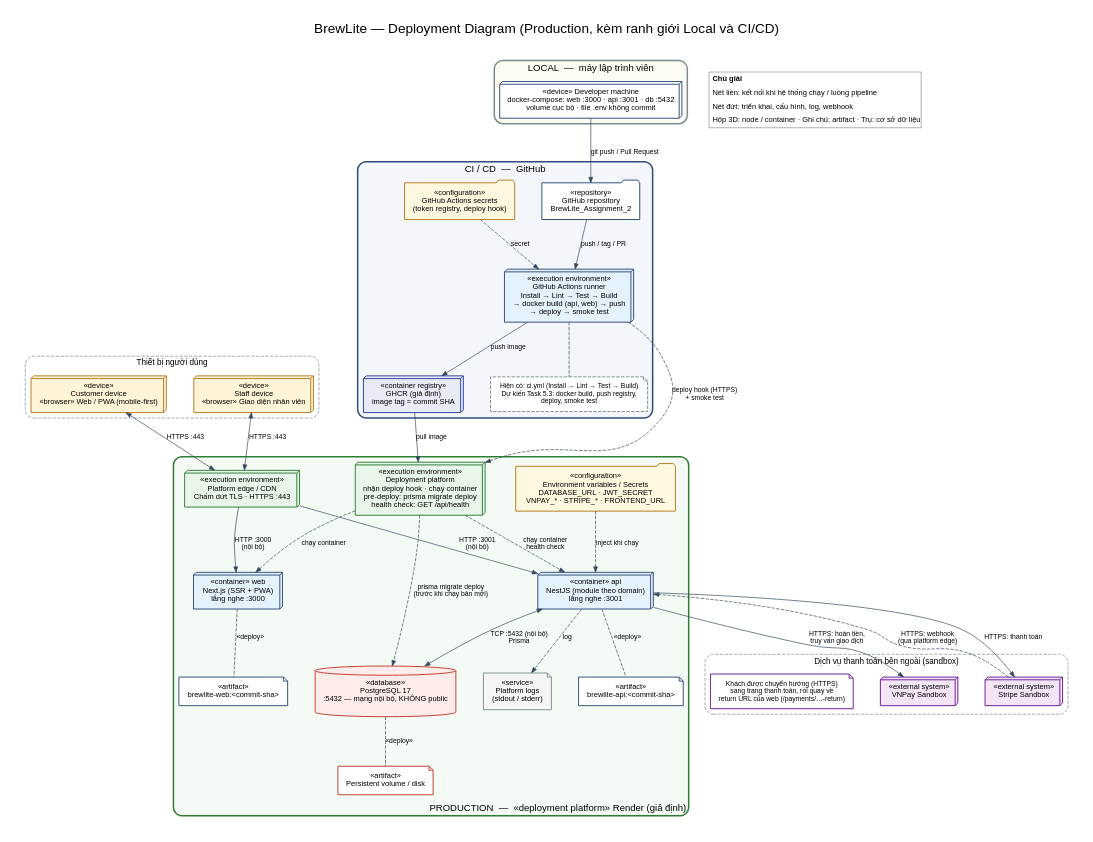
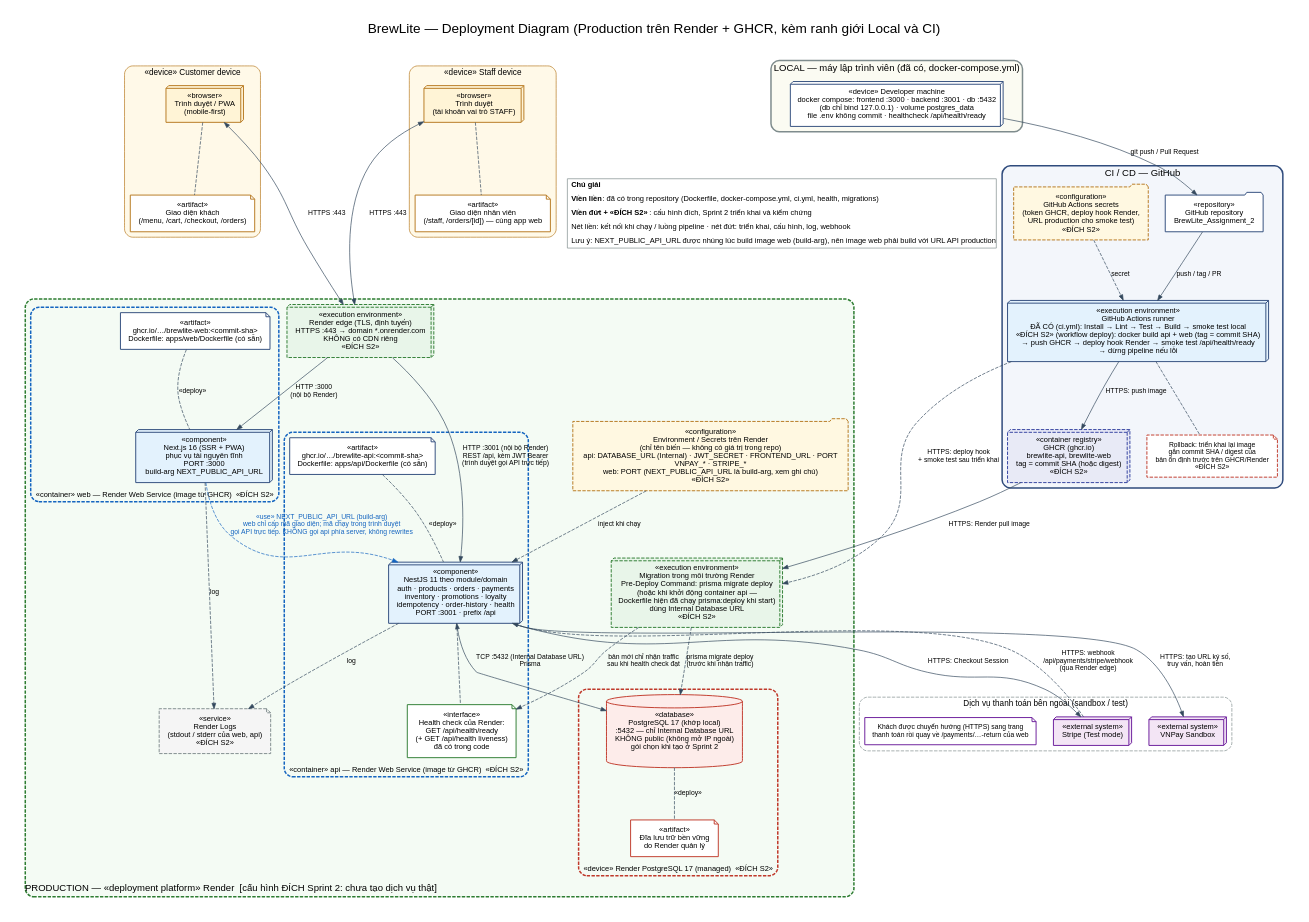
The diagram in docs/architecture/deployment-diagram.dot (nguyen213123/BrewLite_Assignment_2), drawn with Graphviz before and after one commit. The commit also changed 3 other files, not shown here.

Commit message:
docs(architecture): nội dung message mới

```diff
--- a/docs/architecture/deployment-diagram.dot
+++ b/docs/architecture/deployment-diagram.dot
@@ -1,103 +1,133 @@
-// BrewLite — UML Deployment Diagram (Task 3.2)
+// BrewLite — UML Deployment Diagram (Task 3.2, rà lại theo Task 3.1: Render + GHCR)
 // Tạo lại ảnh:  dot -Tsvg deployment-diagram.dot -o deployment-diagram.svg
 //               dot -Tpng -Gdpi=150 deployment-diagram.dot -o deployment-diagram.png
-// "Render" (nền tảng) và "GHCR" (container registry) là GIẢ ĐỊNH: đổi cho đúng nền tảng nhóm dùng thật.
+//
+// Quy ước đánh dấu trạng thái (xem chú giải trên sơ đồ):
+//   Viền LIỀN  = đã có trong repository, đã kiểm tra (Dockerfile, docker-compose, ci.yml, health, migrations).
+//   Viền ĐỨT + nhãn «ĐÍCH S2» = cấu hình đích, Sprint 2 (Task 5.3/5.4) sẽ triển khai và kiểm chứng.
 digraph BrewLiteDeployment {
-  graph [rankdir=TB, fontname="Arial", fontsize=20, labelloc=t, pad=0.3, nodesep=0.55, ranksep=0.85,
+  graph [rankdir=TB, fontname="Arial", fontsize=20, labelloc=t, pad=0.3, nodesep=0.35, ranksep=0.9,
          compound=true, newrank=true, splines=true,
-         label="BrewLite — Deployment Diagram (Production, kèm ranh giới Local và CI/CD)\n "];
+         label="BrewLite — Deployment Diagram (Production trên Render + GHCR, kèm ranh giới Local và CI)\n "];
   node  [fontname="Arial", fontsize=11, shape=box3d, style=filled, fillcolor="#EAF1FB", color="#2F4B7C", penwidth=1.4, margin="0.18,0.12"];
   edge  [fontname="Arial", fontsize=10, color="#34495E", arrowsize=0.8];
 
-  // ===== Thiết bị người dùng =====
-  subgraph cluster_clients {
-    label="Thiết bị người dùng"; style="rounded,dashed"; color="#7F8C8D"; fontname="Arial"; fontsize=12;
-    customer [label="«device»\nCustomer device\n«browser» Web / PWA (mobile-first)", fillcolor="#FFF4D6", color="#B7791F"];
-    staff    [label="«device»\nStaff device\n«browser» Giao diện nhân viên", fillcolor="#FFF4D6", color="#B7791F"];
+  // ===================== THIẾT BỊ NGƯỜI DÙNG =====================
+  subgraph cluster_customer {
+    label="«device» Customer device"; style="rounded,filled"; fillcolor="#FFF9E8"; color="#B7791F"; fontname="Arial"; fontsize=12;
+    customer_br [label="«browser»\nTrình duyệt / PWA\n(mobile-first)", fillcolor="#FFF4D6", color="#B7791F"];
+    customer_ui [label="«artifact»\nGiao diện khách\n(/menu, /cart, /checkout, /orders)", shape=note, fillcolor="#FFFFFF", color="#B7791F"];
+    customer_br -> customer_ui [style=dashed, arrowhead=none];
+  }
+  subgraph cluster_staff {
+    label="«device» Staff device"; style="rounded,filled"; fillcolor="#FFF9E8"; color="#B7791F"; fontname="Arial"; fontsize=12;
+    staff_br [label="«browser»\nTrình duyệt\n(tài khoản vai trò STAFF)", fillcolor="#FFF4D6", color="#B7791F"];
+    staff_ui [label="«artifact»\nGiao diện nhân viên\n(/staff, /orders/[id]) — cùng app web", shape=note, fillcolor="#FFFFFF", color="#B7791F"];
+    staff_br -> staff_ui [style=dashed, arrowhead=none];
   }
 
-  // ===== PRODUCTION =====
+  // ===================== PRODUCTION (Render) =====================
   subgraph cluster_prod {
-    label="PRODUCTION  —  «deployment platform» Render (giả định)"; labelloc=b; labeljust=r; style="rounded,filled"; fillcolor="#F4FBF4"; color="#2E7D32"; penwidth=2.2; fontname="Arial"; fontsize=14;
+    label="PRODUCTION — «deployment platform» Render  [cấu hình ĐÍCH Sprint 2: chưa tạo dịch vụ thật]";
+    labelloc=b; labeljust=l; style="rounded,filled,dashed"; fillcolor="#F4FBF4"; color="#2E7D32"; penwidth=2.2; fontname="Arial"; fontsize=14;
 
-    edge_node [label="«execution environment»\nPlatform edge / CDN\nChấm dứt TLS · HTTPS :443", fillcolor="#E8F5E9", color="#2E7D32"];
-    platform  [label="«execution environment»\nDeployment platform\nnhận deploy hook · chạy container\npre-deploy: prisma migrate deploy\nhealth check: GET /api/health", fillcolor="#E8F5E9", color="#2E7D32"];
+    edge_node [label="«execution environment»\nRender edge (TLS, định tuyến)\nHTTPS :443 → domain *.onrender.com\nKHÔNG có CDN riêng\n«ĐÍCH S2»", fillcolor="#E8F5E9", color="#2E7D32", style="filled,dashed"];
 
-    web [label="«container» web\nNext.js (SSR + PWA)\nlắng nghe :3000", fillcolor="#E3F2FD"];
-    api [label="«container» api\nNestJS (module theo domain)\nlắng nghe :3001", fillcolor="#E3F2FD"];
-    web_art [label="«artifact»\nbrewlite-web:<commit-sha>", shape=note, fillcolor="#FFFFFF"];
-    api_art [label="«artifact»\nbrewlite-api:<commit-sha>", shape=note, fillcolor="#FFFFFF"];
+    subgraph cluster_web {
+      label="«container» web — Render Web Service (image từ GHCR)  «ĐÍCH S2»"; style="rounded,dashed"; color="#1565C0"; fontname="Arial"; fontsize=11;
+      web_art [label="«artifact»\nghcr.io/…/brewlite-web:<commit-sha>\nDockerfile: apps/web/Dockerfile (có sẵn)", shape=note, fillcolor="#FFFFFF"];
+      web_app [label="«component»\nNext.js 16 (SSR + PWA)\nphục vụ tài nguyên tĩnh\nPORT :3000\nbuild-arg NEXT_PUBLIC_API_URL", fillcolor="#E3F2FD"];
+      web_art -> web_app [style=dashed, arrowhead=none, label="«deploy»"];
+    }
 
-    db  [label="«database»\nPostgreSQL 17\n:5432 — mạng nội bộ, KHÔNG public", shape=cylinder, fillcolor="#FDECEA", color="#C0392B"];
-    vol [label="«artifact»\nPersistent volume / disk", shape=note, fillcolor="#FFFFFF", color="#C0392B"];
+    subgraph cluster_api {
+      label="«container» api — Render Web Service (image từ GHCR)  «ĐÍCH S2»"; style="rounded,dashed"; color="#1565C0"; fontname="Arial"; fontsize=11;
+      api_art [label="«artifact»\nghcr.io/…/brewlite-api:<commit-sha>\nDockerfile: apps/api/Dockerfile (có sẵn)", shape=note, fillcolor="#FFFFFF"];
+      api_app [label="«component»\nNestJS 11 theo module/domain\nauth · products · orders · payments\ninventory · promotions · loyalty\nidempotency · order-history · health\nPORT :3001 · prefix /api", fillcolor="#E3F2FD"];
+      health  [label="«interface»\nHealth check của Render:\nGET /api/health/ready\n(+ GET /api/health liveness)\nđã có trong code", shape=note, fillcolor="#FFFFFF", color="#2E7D32"];
+      api_art -> api_app [style=dashed, arrowhead=none, label="«deploy»"];
+      api_app -> health [style=dashed, arrowhead=none];
+    }
 
-    envvars [label="«configuration»\nEnvironment variables / Secrets\nDATABASE_URL · JWT_SECRET\nVNPAY_* · STRIPE_* · FRONTEND_URL", shape=folder, fillcolor="#FFF8E1", color="#B7791F"];
-    logs    [label="«service»\nPlatform logs\n(stdout / stderr)", shape=note, fillcolor="#F5F5F5", color="#7F8C8D"];
+    predeploy [label="«execution environment»\nMigration trong môi trường Render\nPre-Deploy Command: prisma migrate deploy\n(hoặc khi khởi động container api —\nDockerfile hiện đã chạy prisma:deploy khi start)\ndùng Internal Database URL\n«ĐÍCH S2»", fillcolor="#E8F5E9", color="#2E7D32", style="filled,dashed"];
+
+    subgraph cluster_dbnode {
+      label="«device» Render PostgreSQL 17 (managed)  «ĐÍCH S2»"; style="rounded,dashed"; color="#C0392B"; fontname="Arial"; fontsize=11;
+      db  [label="«database»\nPostgreSQL 17 (khớp local)\n:5432 — chỉ Internal Database URL\nKHÔNG public (không mở IP ngoài)\ngói chọn khi tạo ở Sprint 2", shape=cylinder, fillcolor="#FDECEA", color="#C0392B"];
+      vol [label="«artifact»\nĐĩa lưu trữ bền vững\ndo Render quản lý", shape=note, fillcolor="#FFFFFF", color="#C0392B"];
+      db -> vol [style=dashed, arrowhead=none, label="«deploy»"];
+    }
+
+    envvars [label="«configuration»\nEnvironment / Secrets trên Render\n(chỉ tên biến — không có giá trị trong repo)\napi: DATABASE_URL (Internal) · JWT_SECRET · FRONTEND_URL · PORT\nVNPAY_* · STRIPE_*\nweb: PORT (NEXT_PUBLIC_API_URL là build-arg, xem ghi chú)\n«ĐÍCH S2»", shape=folder, fillcolor="#FFF8E1", color="#B7791F", style="filled,dashed"];
+    logs    [label="«service»\nRender Logs\n(stdout / stderr của web, api)\n«ĐÍCH S2»", shape=note, fillcolor="#F5F5F5", color="#7F8C8D", style="filled,dashed"];
   }
 
-  // ===== Dịch vụ ngoài =====
+  // ===================== DỊCH VỤ NGOÀI =====================
   subgraph cluster_ext {
-    label="Dịch vụ thanh toán bên ngoài (sandbox)"; style="rounded,dashed"; color="#7F8C8D"; fontname="Arial"; fontsize=12;
+    label="Dịch vụ thanh toán bên ngoài (sandbox / test)"; style="rounded,dashed"; color="#7F8C8D"; fontname="Arial"; fontsize=12;
     vnpay  [label="«external system»\nVNPay Sandbox", fillcolor="#F3E5F5", color="#6A1B9A"];
-    stripe [label="«external system»\nStripe Sandbox", fillcolor="#F3E5F5", color="#6A1B9A"];
-    note_pay [label="Khách được chuyển hướng (HTTPS)\nsang trang thanh toán, rồi quay về\nreturn URL của web (/payments/…-return)", shape=note, fillcolor="#FFFFFF", color="#6A1B9A", fontsize=10];
+    stripe [label="«external system»\nStripe (Test mode)", fillcolor="#F3E5F5", color="#6A1B9A"];
+    note_pay [label="Khách được chuyển hướng (HTTPS) sang trang\nthanh toán rồi quay về /payments/…-return của web", shape=note, fillcolor="#FFFFFF", color="#6A1B9A", fontsize=10];
   }
 
-  // ===== CI/CD =====
+  // ===================== CI/CD (GitHub) =====================
   subgraph cluster_ci {
-    label="CI / CD  —  GitHub"; style="rounded,filled"; fillcolor="#F3F6FB"; color="#2F4B7C"; penwidth=2.2; fontname="Arial"; fontsize=14;
+    label="CI / CD — GitHub"; style="rounded,filled"; fillcolor="#F3F6FB"; color="#2F4B7C"; penwidth=2.2; fontname="Arial"; fontsize=14;
     repo     [label="«repository»\nGitHub repository\nBrewLite_Assignment_2", shape=folder, fillcolor="#FFFFFF"];
-    runner   [label="«execution environment»\nGitHub Actions runner\nInstall → Lint → Test → Build\n→ docker build (api, web) → push\n→ deploy → smoke test", fillcolor="#E3F2FD"];
-    ghsec    [label="«configuration»\nGitHub Actions secrets\n(token registry, deploy hook)", shape=folder, fillcolor="#FFF8E1", color="#B7791F"];
-    registry [label="«container registry»\nGHCR (giả định)\nimage tag = commit SHA", fillcolor="#E8EAF6", color="#303F9F"];
-    ci_note  [label="Hiện có: ci.yml (Install → Lint → Test → Build)\nDự kiến Task 5.3: docker build, push registry,\ndeploy, smoke test", shape=note, style="filled,dashed", fillcolor="#FFFFFF", color="#7F8C8D", fontsize=10];
+    runner   [label="«execution environment»\nGitHub Actions runner\nĐÃ CÓ (ci.yml): Install → Lint → Test → Build → smoke test local\n«ĐÍCH S2» (workflow deploy): docker build api + web (tag = commit SHA)\n→ push GHCR → deploy hook Render → smoke test /api/health/ready\n→ dừng pipeline nếu lỗi", fillcolor="#E3F2FD"];
+    ghsec    [label="«configuration»\nGitHub Actions secrets\n(token GHCR, deploy hook Render,\nURL production cho smoke test)\n«ĐÍCH S2»", shape=folder, fillcolor="#FFF8E1", color="#B7791F", style="filled,dashed"];
+    registry [label="«container registry»\nGHCR (ghcr.io)\nbrewlite-api, brewlite-web\ntag = commit SHA (hoặc digest)\n«ĐÍCH S2»", fillcolor="#E8EAF6", color="#303F9F", style="filled,dashed"];
+    rollback [label="Rollback: triển khai lại image\ngắn commit SHA / digest của\nbản ổn định trước trên GHCR/Render\n«ĐÍCH S2»", shape=note, style="filled,dashed", fillcolor="#FFFFFF", color="#C0392B", fontsize=10];
   }
 
-  // ===== LOCAL =====
+  // ===================== LOCAL =====================
   subgraph cluster_local {
-    label="LOCAL  —  máy lập trình viên"; style="rounded,filled"; fillcolor="#FBFBF2"; color="#7F8C8D"; penwidth=2.2; fontname="Arial"; fontsize=14;
-    dev [label="«device» Developer machine\ndocker-compose: web :3000 · api :3001 · db :5432\nvolume cục bộ · file .env không commit", fillcolor="#FFFFFF"];
+    label="LOCAL — máy lập trình viên (đã có, docker-compose.yml)"; style="rounded,filled"; fillcolor="#FBFBF2"; color="#7F8C8D"; penwidth=2.2; fontname="Arial"; fontsize=14;
+    dev [label="«device» Developer machine\ndocker compose: frontend :3000 · backend :3001 · db :5432\n(db chỉ bind 127.0.0.1) · volume postgres_data\nfile .env không commit · healthcheck /api/health/ready", fillcolor="#FFFFFF"];
   }
 
-  // ===== Kết nối khi chạy (nét liền) =====
-  customer -> edge_node [label="HTTPS :443", dir=both];
-  staff    -> edge_node [label="HTTPS :443", dir=both];
-  edge_node -> web [label="HTTP :3000\n(nội bộ)"];
-  edge_node -> api [label="HTTP :3001\n(nội bộ)"];
-  api -> db  [label="TCP :5432 (nội bộ)\nPrisma", dir=both];
-  api -> vnpay  [label="HTTPS: hoàn tiền,\ntruy vấn giao dịch"];
-  api -> stripe [label="HTTPS: thanh toán"];
-  stripe -> api [label="HTTPS: webhook\n(qua platform edge)", style=dashed];
+  // ===================== KẾT NỐI KHI CHẠY (nét liền) =====================
+  customer_br -> edge_node [label="HTTPS :443", dir=both];
+  staff_br    -> edge_node [label="HTTPS :443", dir=both];
+  edge_node -> web_app [label="HTTP :3000\n(nội bộ Render)"];
+  edge_node -> api_app [label="HTTP :3001 (nội bộ Render)\nREST /api, kèm JWT Bearer\n(trình duyệt gọi API trực tiếp)"];
+  api_app -> db  [label="TCP :5432 (Internal Database URL)\nPrisma", dir=both];
+  api_app -> vnpay  [label="HTTPS: tạo URL ký số,\ntruy vấn, hoàn tiền"];
+  api_app -> stripe [label="HTTPS: Checkout Session"];
+  stripe -> api_app [label="HTTPS: webhook\n/api/payments/stripe/webhook\n(qua Render edge)", style=dashed];
 
-  // ===== Triển khai / cấu hình / log (nét đứt) =====
-  web -> web_art [style=dashed, arrowhead=none, label="«deploy»"];
-  api -> api_art [style=dashed, arrowhead=none, label="«deploy»"];
-  db  -> vol     [style=dashed, arrowhead=none, label="«deploy»"];
-  envvars -> api [label="inject khi chạy", style=dashed];
-  api -> logs    [label="log", style=dashed];
-  platform -> api [label="chạy container\nhealth check", style=dashed];
-  platform -> web [label="chạy container", style=dashed];
-  platform -> db  [label="prisma migrate deploy\n(trước khi chạy bản mới)", style=dashed];
+  // web -> api: phụ thuộc cấu hình, không phải lời gọi server-side
+  web_app -> api_app [label="«use» NEXT_PUBLIC_API_URL (build-arg)\nweb chỉ cấp mã giao diện; mã chạy trong trình duyệt\ngọi API trực tiếp. KHÔNG gọi api phía server, không rewrites", style=dashed, color="#1565C0", fontcolor="#1565C0"];
 
-  // ===== Pipeline =====
+  // ===================== TRIỂN KHAI / CẤU HÌNH / LOG =====================
+  envvars -> api_app [label="inject khi chạy", style=dashed];
+  api_app -> logs  [label="log", style=dashed];
+  web_app -> logs  [label="log", style=dashed];
+  predeploy -> db  [label="prisma migrate deploy\n(trước khi nhận traffic)", style=dashed];
+  predeploy -> health [label="bản mới chỉ nhận traffic\nsau khi health check đạt", style=dashed];
+
+  // ===================== PIPELINE =====================
   dev -> repo [label="git push / Pull Request"];
   repo -> runner [label="push / tag / PR"];
   ghsec -> runner [style=dashed, label="secret"];
-  runner -> ci_note [style=dashed, arrowhead=none];
-  runner -> registry [label="push image"];
-  registry -> platform [label="pull image"];
-  runner -> platform [label="deploy hook (HTTPS)\n+ smoke test", style=dashed];
+  runner -> registry [label="HTTPS: push image"];
+  registry -> predeploy [label="HTTPS: Render pull image", constraint=false];
+  runner -> predeploy [label="HTTPS: deploy hook\n+ smoke test sau triển khai", style=dashed];
+  runner -> rollback [style=dashed, arrowhead=none];
 
-  { rank=same; customer; staff; }
+  
   { rank=same; vnpay; stripe; note_pay; }
 
-  // ===== Chú giải =====
+  // ===================== CHÚ GIẢI =====================
   legend [shape=plain, style="", label=<
     <TABLE BORDER="1" CELLBORDER="0" CELLSPACING="0" CELLPADDING="4" COLOR="#7F8C8D">
       <TR><TD ALIGN="LEFT"><B>Chú giải</B></TD></TR>
-      <TR><TD ALIGN="LEFT">Nét liền: kết nối khi hệ thống chạy / luồng pipeline</TD></TR>
-      <TR><TD ALIGN="LEFT">Nét đứt: triển khai, cấu hình, log, webhook</TD></TR>
-      <TR><TD ALIGN="LEFT">Hộp 3D: node / container · Ghi chú: artifact · Trụ: cơ sở dữ liệu</TD></TR>
+      <TR><TD ALIGN="LEFT"><B>Viền liền</B>: đã có trong repository (Dockerfile, docker-compose.yml, ci.yml, health, migrations)</TD></TR>
+      <TR><TD ALIGN="LEFT"><B>Viền đứt + «ĐÍCH S2»</B>: cấu hình đích, Sprint 2 triển khai và kiểm chứng</TD></TR>
+      <TR><TD ALIGN="LEFT">Nét liền: kết nối khi chạy / luồng pipeline · nét đứt: triển khai, cấu hình, log, webhook</TD></TR>
+      <TR><TD ALIGN="LEFT">Lưu ý: NEXT_PUBLIC_API_URL được nhúng lúc build image web (build-arg), nên image web phải build với URL API production</TD></TR>
     </TABLE>>];
-  { rank=same; dev; legend; }
+  { rank=same; customer_br; staff_br; dev; }
+  { rank=same; edge_node; runner; }
+  dev -> legend [style=invis];
 }
```
